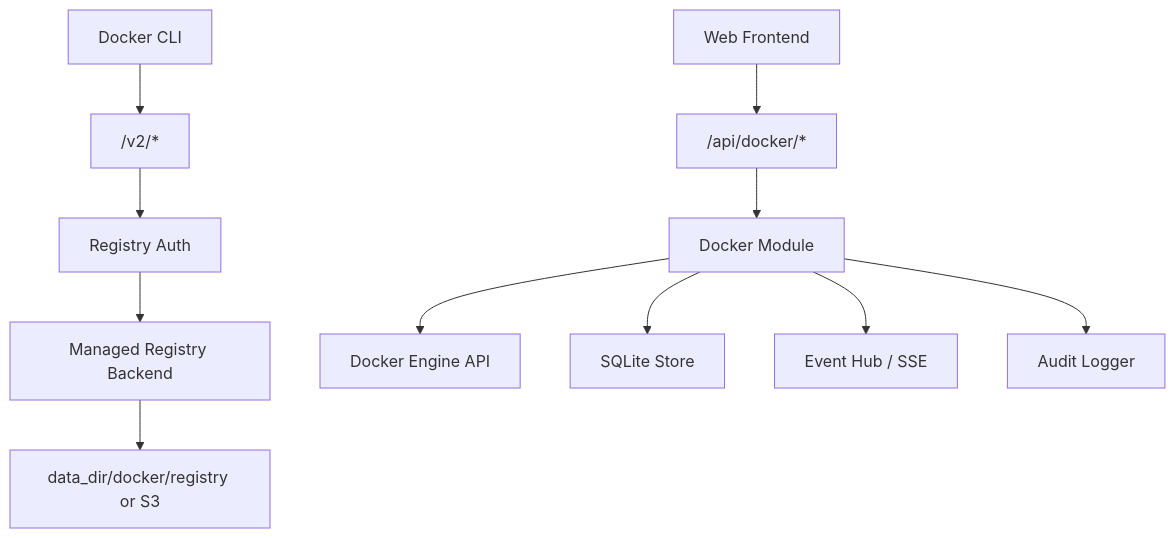
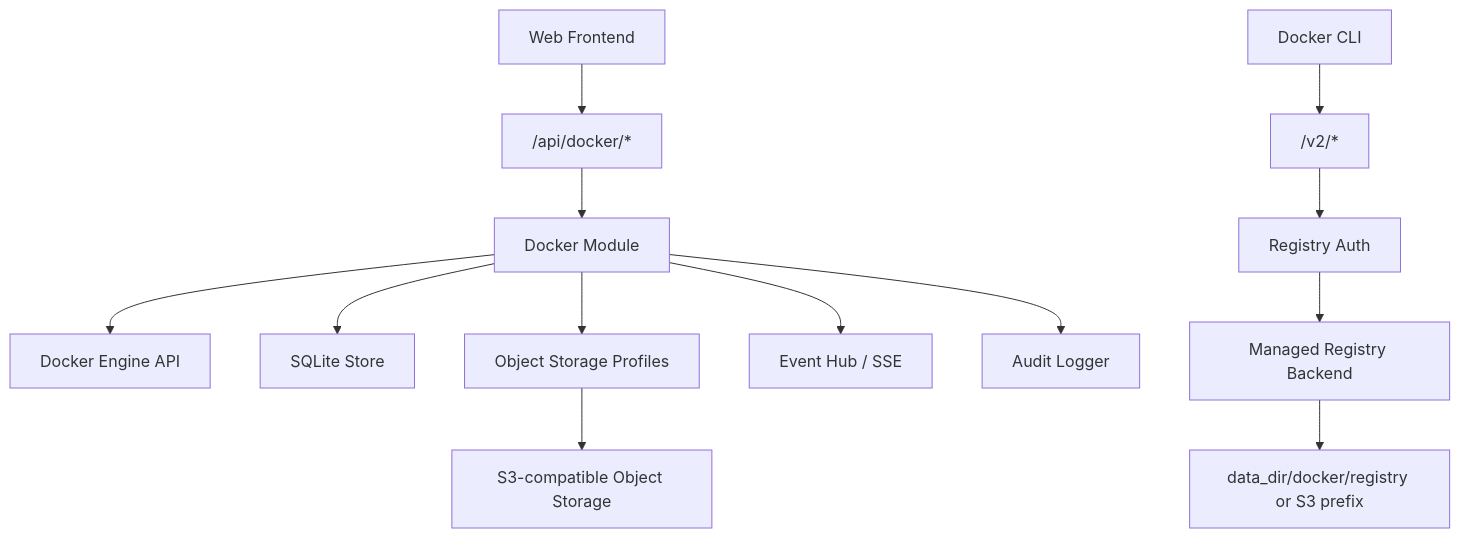
The diagram in docs/docker-registry-control-plane-feature-design.md (NageNalock/phantom-lancer), drawn with Mermaid before and after one commit. The commit also changed other lines of this file and 33 other files, not shown here.

````diff
--- a/docs/docker-registry-control-plane-feature-design.md
+++ b/docs/docker-registry-control-plane-feature-design.md
@@ -447,13 +677,15 @@
 ```mermaid
 flowchart TD
   Browser["Web Frontend"] --> API["/api/docker/*"]
   DockerCLI["Docker CLI"] --> RegistryAPI["/v2/*"]
   API --> DockerModule["Docker Module"]
   RegistryAPI --> RegistryAuth["Registry Auth"]
   RegistryAuth --> RegistryBackend["Managed Registry Backend"]
   DockerModule --> Engine["Docker Engine API"]
   DockerModule --> Store["SQLite Store"]
+  DockerModule --> ObjectStore["Object Storage Profiles"]
   DockerModule --> Events["Event Hub / SSE"]
   DockerModule --> Audit["Audit Logger"]
-  RegistryBackend --> RegistryStore["data_dir/docker/registry or S3"]
+  ObjectStore --> S3["S3-compatible Object Storage"]
+  RegistryBackend --> RegistryStore["data_dir/docker/registry or S3 prefix"]
 ```
````
